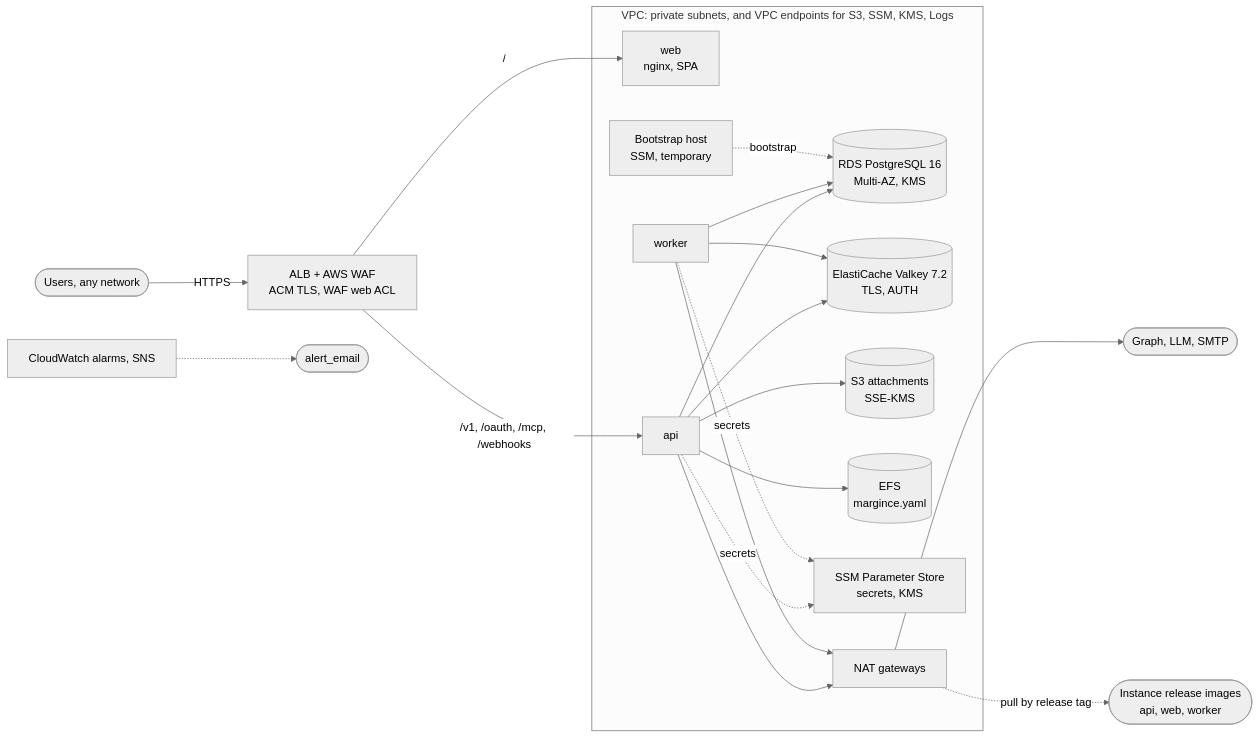
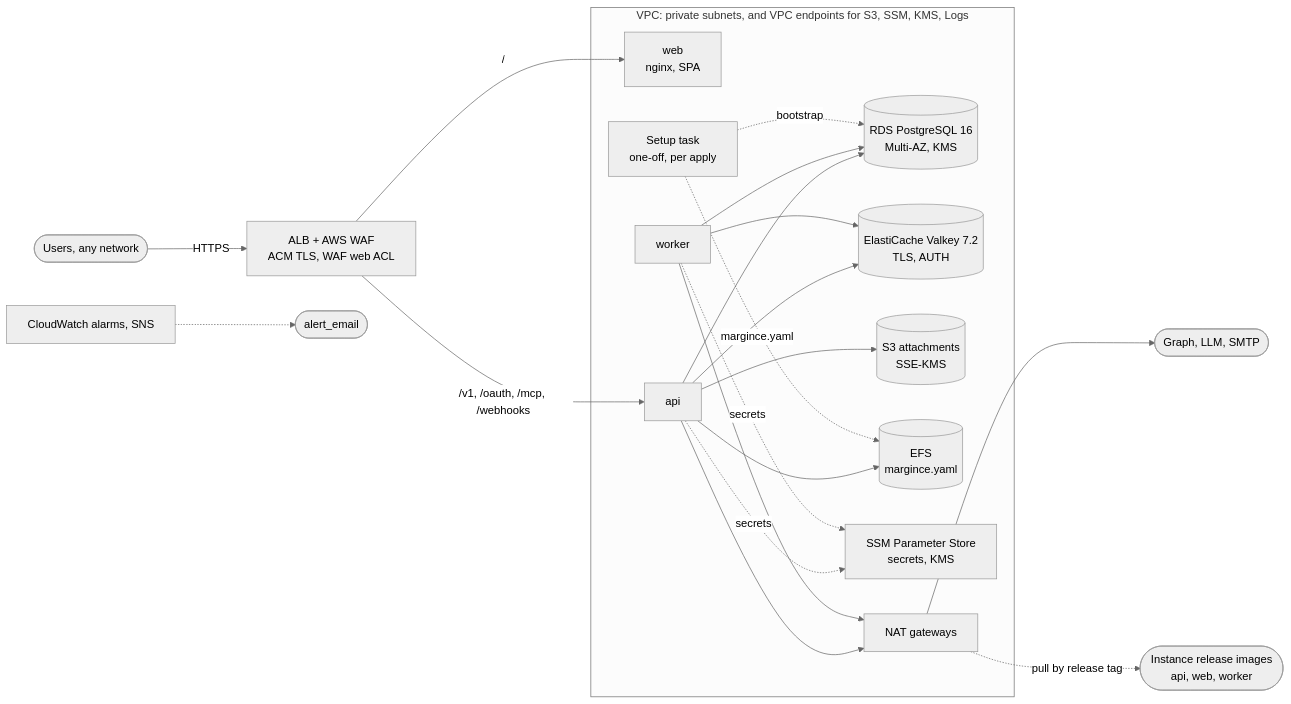
One commit to margince/template changed the diagram in deploy/production/aws/standard/README.md. Above: the diagram before and after it, drawn with Mermaid (neutral theme). The commit also changed other lines of this file and 22 other files, not shown here.

First line of the commit message:
feat(deploy): the standard stacks set up the database and margince.yaml in the apply

````diff
--- a/deploy/production/aws/standard/README.md
+++ b/deploy/production/aws/standard/README.md
@@ -20,32 +20,33 @@
 ```mermaid
 flowchart LR
   users(["Users, any network"]) -->|"HTTPS"| alb["ALB + AWS WAF<br/>ACM TLS, WAF web ACL"]
   subgraph vpc["VPC: private subnets, and VPC endpoints for S3, SSM, KMS, Logs"]
     web["web<br/>nginx, SPA"]
     api["api"]
     worker["worker"]
     pg[("RDS PostgreSQL 16<br/>Multi-AZ, KMS")]
     cache[("ElastiCache Valkey 7.2<br/>TLS, AUTH")]
     s3[("S3 attachments<br/>SSE-KMS")]
     efs[("EFS<br/>margince.yaml")]
     ssm["SSM Parameter Store<br/>secrets, KMS"]
     nat["NAT gateways"]
-    ops["Bootstrap host<br/>SSM, temporary"]
+    ops["Setup task<br/>one-off, per apply"]
   end
   alb -->|"/"| web
   alb -->|"/v1, /oauth, /mcp, /webhooks"| api
   api --> pg
   api --> cache
   worker --> pg
   worker --> cache
   api --> s3
   api --> efs
   api -.->|"secrets"| ssm
   worker -.->|"secrets"| ssm
   api --> nat
   worker --> nat
   nat --> ext(["Graph, LLM, SMTP"])
   nat -.->|"pull by release tag"| reg(["Instance release images<br/>api, web, worker"])
   ops -.->|"bootstrap"| pg
+  ops -.->|"margince.yaml"| efs
   alarms["CloudWatch alarms, SNS"] -.-> mail(["alert_email"])
 ```
````
